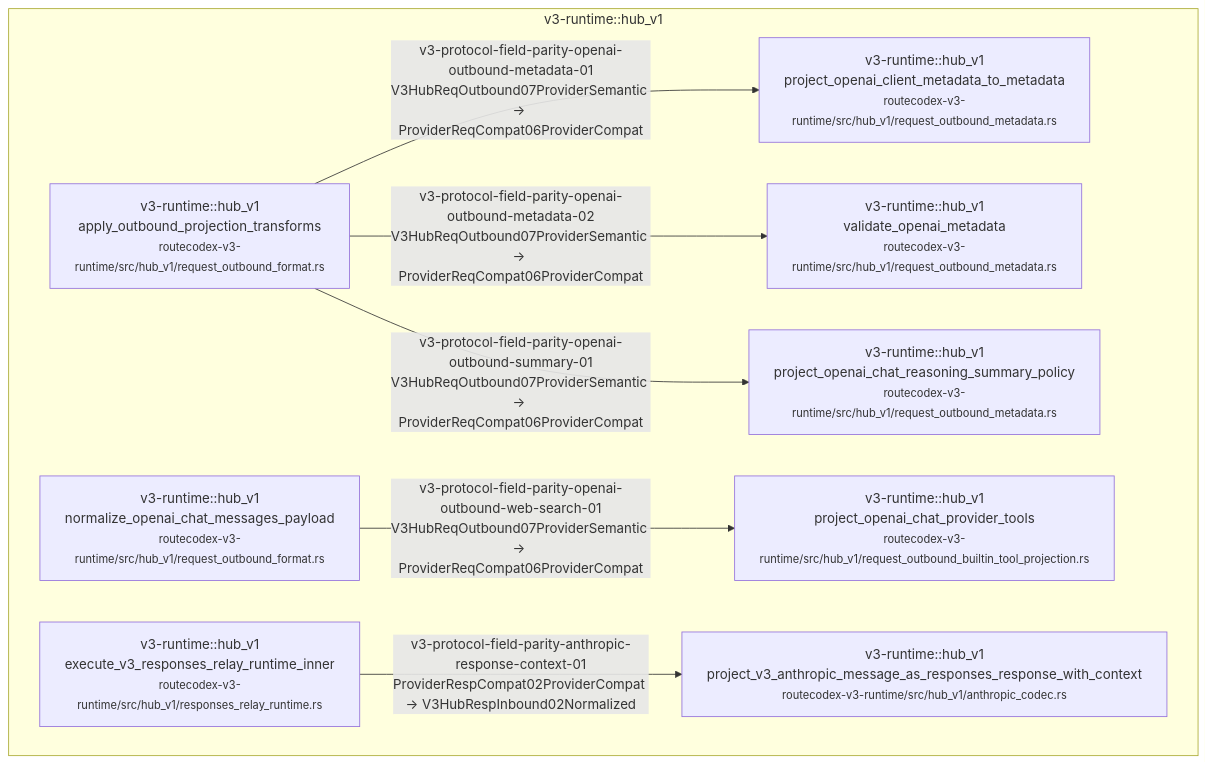
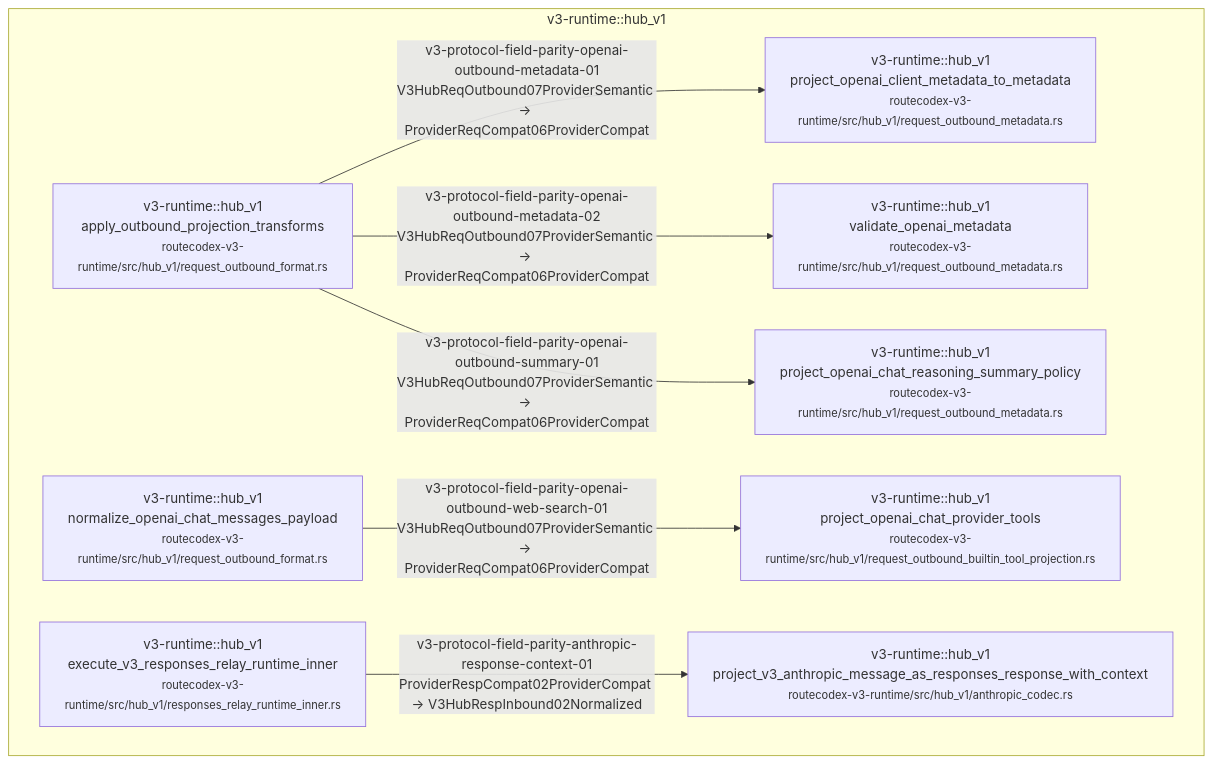
Diagram 13 of 58 in docs/architecture/wiki/v3-mainline-caller-flow.md (Jasonzhangf/routecodex), drawn with Mermaid before and after one commit. The commit also changed other lines of this file and 22 other files, not shown here.

First line of the commit message:
refactor(v3): responses relay main loop + lifecycle 拆分到 ≤1500 行

````diff
--- a/docs/architecture/wiki/v3-mainline-caller-flow.md
+++ b/docs/architecture/wiki/v3-mainline-caller-flow.md
@@ -542,18 +542,18 @@
 ```mermaid
 flowchart TD
   subgraph c_11_v3_protocol_conversion_field_parity_outbound_helper_bindings_m_v3_runtime__hub_v1["v3-runtime::hub_v1"]
     c_11_v3_protocol_conversion_field_parity_outbound_helper_bindings_0["v3-runtime::hub_v1<br/>apply_outbound_projection_transforms<br/><small>routecodex-v3-runtime/src/hub_v1/request_outbound_format.rs</small>"]
     c_11_v3_protocol_conversion_field_parity_outbound_helper_bindings_1["v3-runtime::hub_v1<br/>project_openai_client_metadata_to_metadata<br/><small>routecodex-v3-runtime/src/hub_v1/request_outbound_metadata.rs</small>"]
     c_11_v3_protocol_conversion_field_parity_outbound_helper_bindings_2["v3-runtime::hub_v1<br/>validate_openai_metadata<br/><small>routecodex-v3-runtime/src/hub_v1/request_outbound_metadata.rs</small>"]
     c_11_v3_protocol_conversion_field_parity_outbound_helper_bindings_3["v3-runtime::hub_v1<br/>project_openai_chat_reasoning_summary_policy<br/><small>routecodex-v3-runtime/src/hub_v1/request_outbound_metadata.rs</small>"]
     c_11_v3_protocol_conversion_field_parity_outbound_helper_bindings_4["v3-runtime::hub_v1<br/>normalize_openai_chat_messages_payload<br/><small>routecodex-v3-runtime/src/hub_v1/request_outbound_format.rs</small>"]
     c_11_v3_protocol_conversion_field_parity_outbound_helper_bindings_5["v3-runtime::hub_v1<br/>project_openai_chat_provider_tools<br/><small>routecodex-v3-runtime/src/hub_v1/request_outbound_builtin_tool_projection.rs</small>"]
-    c_11_v3_protocol_conversion_field_parity_outbound_helper_bindings_6["v3-runtime::hub_v1<br/>execute_v3_responses_relay_runtime_inner<br/><small>routecodex-v3-runtime/src/hub_v1/responses_relay_runtime.rs</small>"]
+    c_11_v3_protocol_conversion_field_parity_outbound_helper_bindings_6["v3-runtime::hub_v1<br/>execute_v3_responses_relay_runtime_inner<br/><small>routecodex-v3-runtime/src/hub_v1/responses_relay_runtime_inner.rs</small>"]
     c_11_v3_protocol_conversion_field_parity_outbound_helper_bindings_7["v3-runtime::hub_v1<br/>project_v3_anthropic_message_as_responses_response_with_context<br/><small>routecodex-v3-runtime/src/hub_v1/anthropic_codec.rs</small>"]
   end
   c_11_v3_protocol_conversion_field_parity_outbound_helper_bindings_0 -->|v3-protocol-field-parity-openai-outbound-metadata-01<br/>V3HubReqOutbound07ProviderSemantic → ProviderReqCompat06ProviderCompat| c_11_v3_protocol_conversion_field_parity_outbound_helper_bindings_1
   c_11_v3_protocol_conversion_field_parity_outbound_helper_bindings_0 -->|v3-protocol-field-parity-openai-outbound-metadata-02<br/>V3HubReqOutbound07ProviderSemantic → ProviderReqCompat06ProviderCompat| c_11_v3_protocol_conversion_field_parity_outbound_helper_bindings_2
   c_11_v3_protocol_conversion_field_parity_outbound_helper_bindings_0 -->|v3-protocol-field-parity-openai-outbound-summary-01<br/>V3HubReqOutbound07ProviderSemantic → ProviderReqCompat06ProviderCompat| c_11_v3_protocol_conversion_field_parity_outbound_helper_bindings_3
   c_11_v3_protocol_conversion_field_parity_outbound_helper_bindings_4 -->|v3-protocol-field-parity-openai-outbound-web-search-01<br/>V3HubReqOutbound07ProviderSemantic → ProviderReqCompat06ProviderCompat| c_11_v3_protocol_conversion_field_parity_outbound_helper_bindings_5
   c_11_v3_protocol_conversion_field_parity_outbound_helper_bindings_6 -->|v3-protocol-field-parity-anthropic-response-context-01<br/>ProviderRespCompat02ProviderCompat → V3HubRespInbound02Normalized| c_11_v3_protocol_conversion_field_parity_outbound_helper_bindings_7
 ```
````
